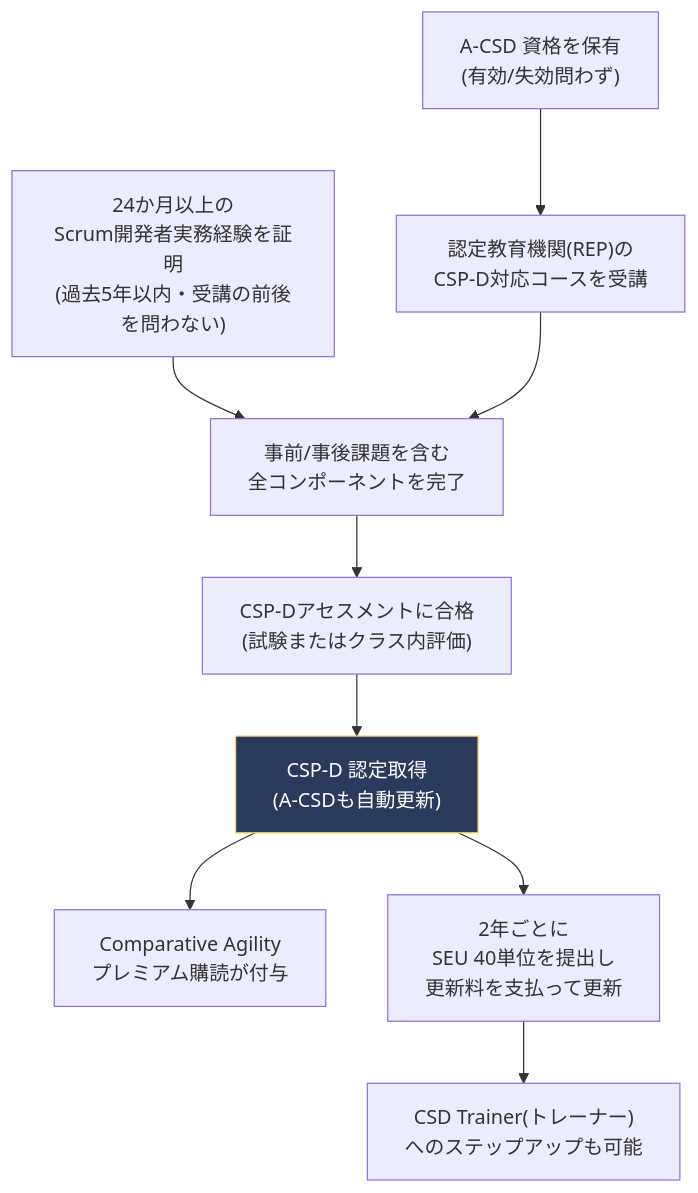
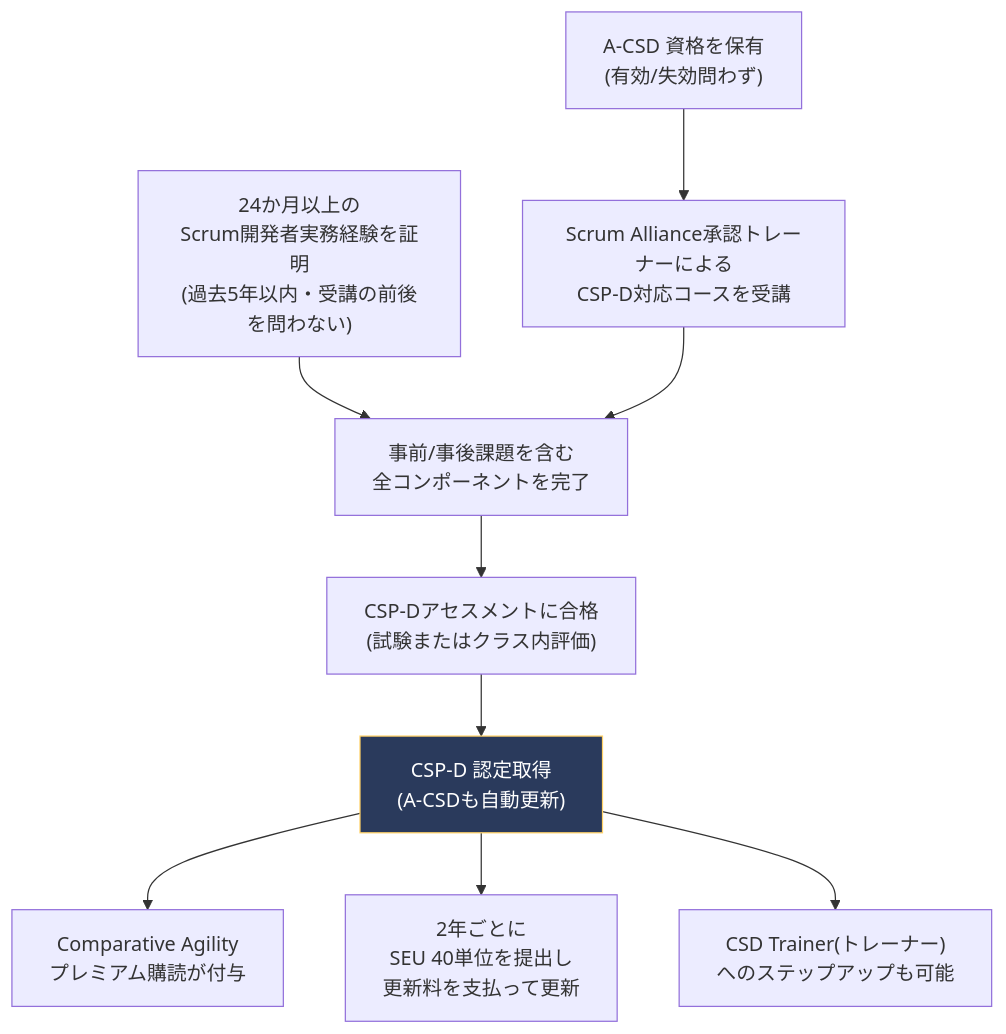
The second of 17 diagrams in Csp-d-certified-scrum-professional-developer-study-guide.md (myoshi2891/Management-Team-Building-Studies), drawn with Mermaid before and after one commit. The commit also changed other lines of this file and 3 other files, not shown here.

````diff
--- a/Csp-d-certified-scrum-professional-developer-study-guide.md
+++ b/Csp-d-certified-scrum-professional-developer-study-guide.md
@@ -101,13 +103,13 @@
 ```mermaid
 flowchart TB
-    A["A-CSD 資格を保有<br/>(有効/失効問わず)"] --> C["認定教育機関(REP)の<br/>CSP-D対応コースを受講"]
+    A["A-CSD 資格を保有<br/>(有効/失効問わず)"] --> C["Scrum Alliance承認トレーナーによる<br/>CSP-D対応コースを受講"]
     B["24か月以上の<br/>Scrum開発者実務経験を証明<br/>(過去5年以内・受講の前後を問わない)"] --> D
     C --> D["事前/事後課題を含む<br/>全コンポーネントを完了"]
     D --> D2["CSP-Dアセスメントに合格<br/>(試験またはクラス内評価)"]
     D2 --> E["CSP-D 認定取得<br/>(A-CSDも自動更新)"]
     E --> F["Comparative Agility<br/>プレミアム購読が付与"]
     E --> G["2年ごとに<br/>SEU 40単位を提出し<br/>更新料を支払って更新"]
-    G --> H["CSD Trainer(トレーナー)<br/>へのステップアップも可能"]
+    E --> H["CSD Trainer(トレーナー)<br/>へのステップアップも可能"]
 
     style E fill:#2a3a5c,stroke:#ffd166,color:#ffffff
 ```
````
